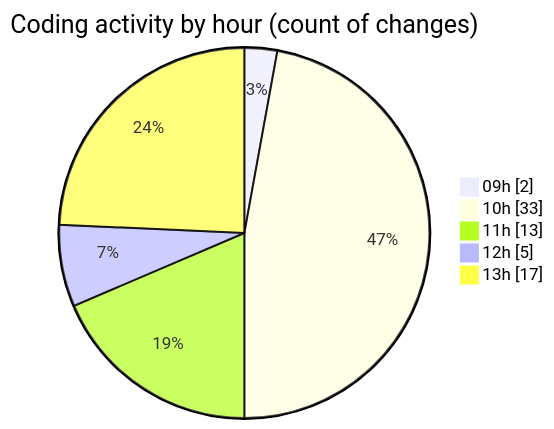
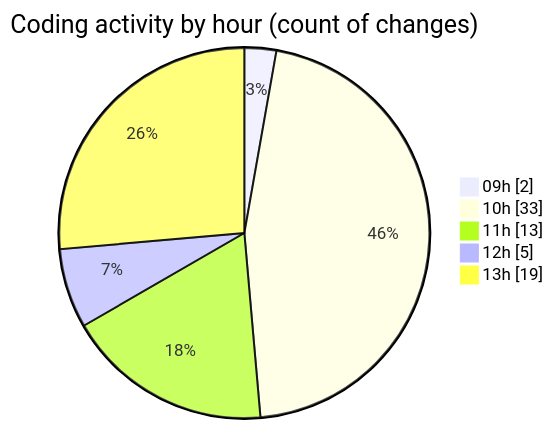
Before and after one commit to momahboobian/code-tracking: the second of 2 diagrams in 2025-08-12/cda/README.md, drawn with Mermaid. The commit also changed other lines of this file and 1 other file, not shown here.

````diff
--- a/2025-08-12/cda/README.md
+++ b/2025-08-12/cda/README.md
@@ -53,9 +53,9 @@
 ```mermaid
 pie showData
 title Coding activity by hour (count of changes)
 "09h" : 2
 "10h" : 33
 "11h" : 13
 "12h" : 5
-"13h" : 17
+"13h" : 19
 ```
````
